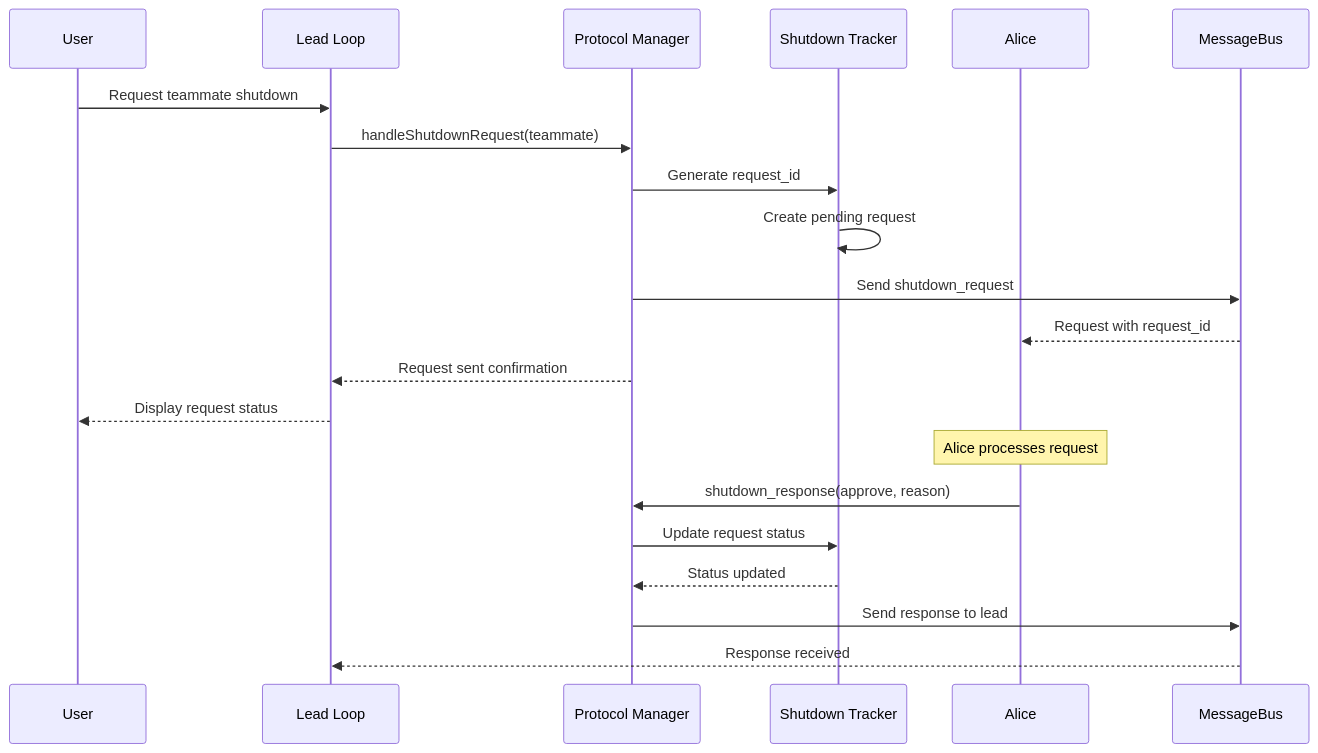
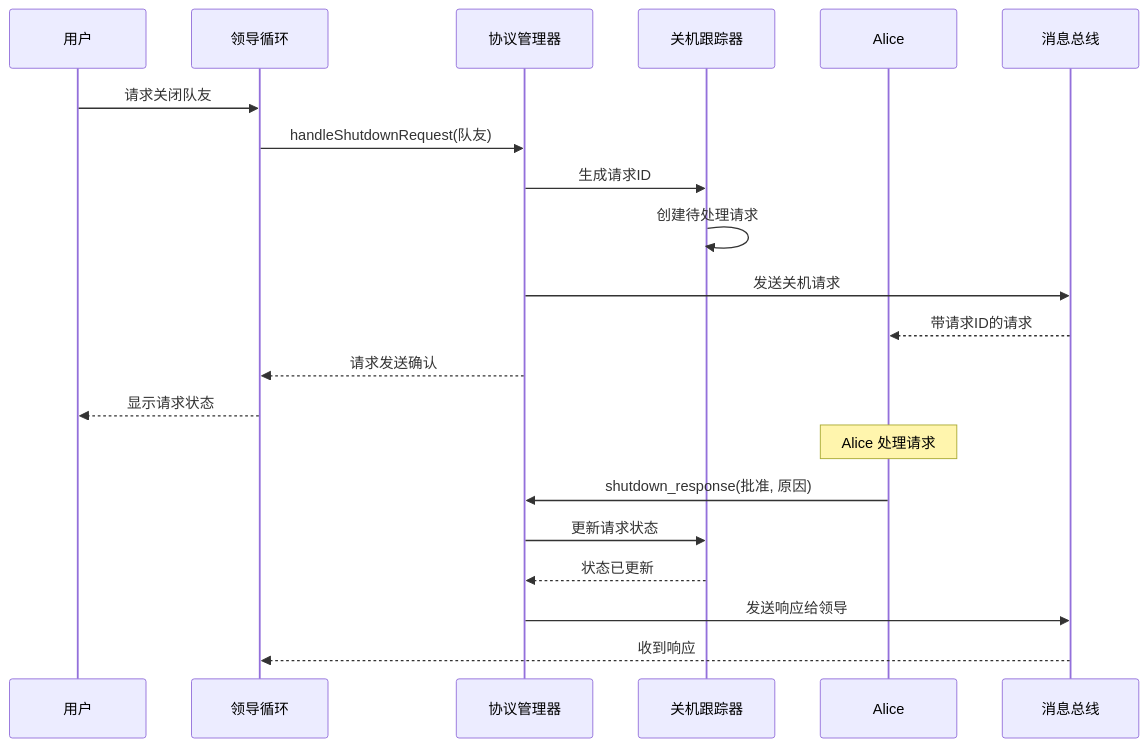
Before and after one commit to duzhenxun/ai-agent-study: the second of 9 diagrams in s10/s10-team-protocols.md, drawn with Mermaid. The commit also changed other lines of this file and 2 other files, not shown here.

````diff
--- a/s10/s10-team-protocols.md
+++ b/s10/s10-team-protocols.md
@@ -207,25 +207,25 @@
 ```mermaid
 sequenceDiagram
-    participant User as User
-    participant LeadLoop as Lead Loop
-    participant ProtocolMgr as Protocol Manager
-    participant ShutdownTracker as Shutdown Tracker
+    participant User as 用户
+    participant LeadLoop as 领导循环
+    participant ProtocolMgr as 协议管理器
+    participant ShutdownTracker as 关机跟踪器
     participant Alice as Alice
-    participant MsgBus as MessageBus
+    participant MsgBus as 消息总线
 
-    User->>LeadLoop: Request teammate shutdown
-    LeadLoop->>ProtocolMgr: handleShutdownRequest(teammate)
-    ProtocolMgr->>ShutdownTracker: Generate request_id
-    ShutdownTracker->>ShutdownTracker: Create pending request
-    ProtocolMgr->>MsgBus: Send shutdown_request
-    MsgBus-->>Alice: Request with request_id
-    ProtocolMgr-->>LeadLoop: Request sent confirmation
-    LeadLoop-->>User: Display request status
+    User->>LeadLoop: 请求关闭队友
+    LeadLoop->>ProtocolMgr: handleShutdownRequest(队友)
+    ProtocolMgr->>ShutdownTracker: 生成请求ID
+    ShutdownTracker->>ShutdownTracker: 创建待处理请求
+    ProtocolMgr->>MsgBus: 发送关机请求
+    MsgBus-->>Alice: 带请求ID的请求
+    ProtocolMgr-->>LeadLoop: 请求发送确认
+    LeadLoop-->>User: 显示请求状态
 
-    Note over Alice: Alice processes request
-    Alice->>ProtocolMgr: shutdown_response(approve, reason)
-    ProtocolMgr->>ShutdownTracker: Update request status
-    ShutdownTracker-->>ProtocolMgr: Status updated
-    ProtocolMgr->>MsgBus: Send response to lead
-    MsgBus-->>LeadLoop: Response received
+    Note over Alice: Alice 处理请求
+    Alice->>ProtocolMgr: shutdown_response(批准, 原因)
+    ProtocolMgr->>ShutdownTracker: 更新请求状态
+    ShutdownTracker-->>ProtocolMgr: 状态已更新
+    ProtocolMgr->>MsgBus: 发送响应给领导
+    MsgBus-->>LeadLoop: 收到响应
 ```
````
